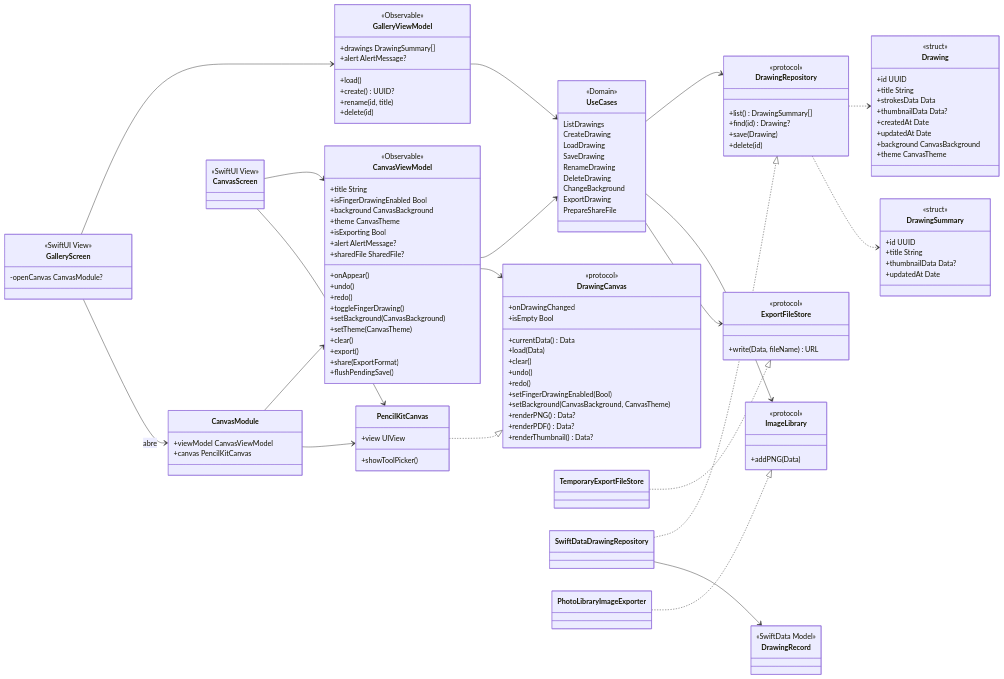
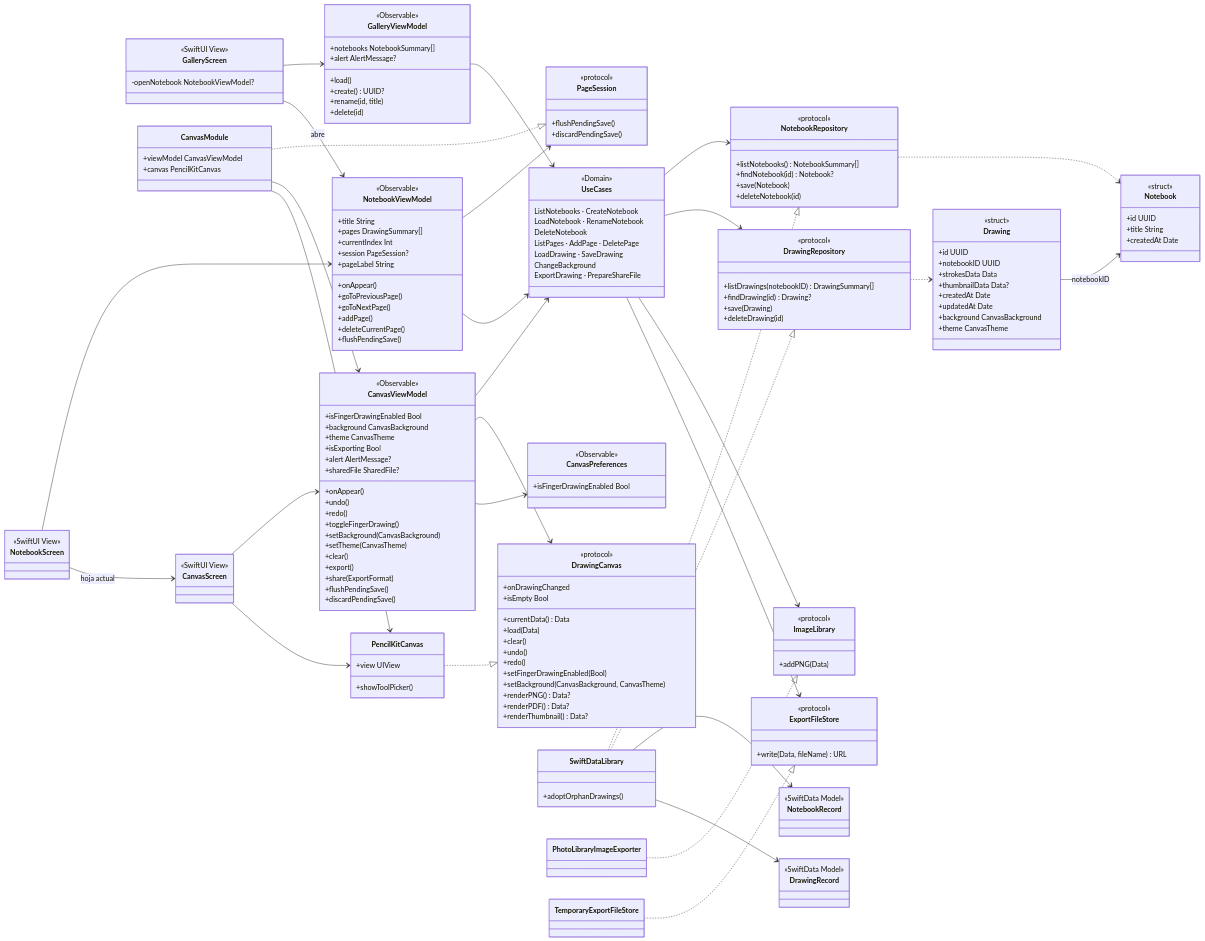
Before and after one commit to jhonjairo6230/DrawPad: the second of 10 diagrams in docs/arquitectura.md, drawn with Mermaid. The commit also changed other lines of this file and 57 other files, not shown here.

````diff
--- a/docs/arquitectura.md
+++ b/docs/arquitectura.md
@@ -158,16 +181,38 @@
 
     class GalleryScreen {
         <<SwiftUI View>>
-        -openCanvas CanvasModule?
+        -openNotebook NotebookViewModel?
     }
     class GalleryViewModel {
         <<Observable>>
-        +drawings DrawingSummary[]
+        +notebooks NotebookSummary[]
         +alert AlertMessage?
         +load()
         +create() UUID?
         +rename(id, title)
         +delete(id)
+    }
+    class NotebookScreen {
+        <<SwiftUI View>>
+    }
+    class NotebookViewModel {
+        <<Observable>>
+        +title String
+        +pages DrawingSummary[]
+        +currentIndex Int
+        +session PageSession?
+        +pageLabel String
+        +onAppear()
+        +goToPreviousPage()
+        +goToNextPage()
+        +addPage()
+        +deleteCurrentPage()
+        +flushPendingSave()
+    }
+    class PageSession {
+        <<protocol>>
+        +flushPendingSave()
+        +discardPendingSave()
     }
     class CanvasModule {
         +viewModel CanvasViewModel
@@ -178,7 +223,6 @@
     }
     class CanvasViewModel {
         <<Observable>>
-        +title String
         +isFingerDrawingEnabled Bool
         +background CanvasBackground
         +theme CanvasTheme
@@ -195,6 +239,11 @@
         +export()
         +share(ExportFormat)
         +flushPendingSave()
+        +discardPendingSave()
+    }
+    class CanvasPreferences {
+        <<Observable>>
+        +isFingerDrawingEnabled Bool
     }
     class DrawingCanvas {
         <<protocol>>
@@ -217,22 +266,27 @@
     }
     class UseCases {
         <<Domain>>
-        ListDrawings
-        CreateDrawing
-        LoadDrawing
-        SaveDrawing
-        RenameDrawing
-        DeleteDrawing
+        ListNotebooks · CreateNotebook
+        LoadNotebook · RenameNotebook
+        DeleteNotebook
+        ListPages · AddPage · DeletePage
+        LoadDrawing · SaveDrawing
         ChangeBackground
-        ExportDrawing
-        PrepareShareFile
+        ExportDrawing · PrepareShareFile
+    }
+    class NotebookRepository {
+        <<protocol>>
+        +listNotebooks() NotebookSummary[]
+        +findNotebook(id) Notebook?
+        +save(Notebook)
+        +deleteNotebook(id)
     }
     class DrawingRepository {
         <<protocol>>
-        +list() DrawingSummary[]
-        +find(id) Drawing?
+        +listDrawings(notebookID) DrawingSummary[]
+        +findDrawing(id) Drawing?
         +save(Drawing)
-        +delete(id)
+        +deleteDrawing(id)
     }
     class ImageLibrary {
         <<protocol>>
@@ -242,11 +296,16 @@
         <<protocol>>
         +write(Data, fileName) URL
     }
-    class TemporaryExportFileStore
+    class Notebook {
+        <<struct>>
+        +id UUID
+        +title String
+        +createdAt Date
+    }
     class Drawing {
         <<struct>>
         +id UUID
-        +title String
+        +notebookID UUID
         +strokesData Data
         +thumbnailData Data?
         +createdAt Date
@@ -254,36 +313,45 @@
         +background CanvasBackground
         +theme CanvasTheme
     }
-    class DrawingSummary {
-        <<struct>>
-        +id UUID
-        +title String
-        +thumbnailData Data?
-        +updatedAt Date
+    class SwiftDataLibrary {
+        +adoptOrphanDrawings()
     }
-    class SwiftDataDrawingRepository
+    class NotebookRecord {
+        <<SwiftData Model>>
+    }
     class DrawingRecord {
         <<SwiftData Model>>
     }
     class PhotoLibraryImageExporter
+    class TemporaryExportFileStore
 
     GalleryScreen --> GalleryViewModel
-    GalleryScreen --> CanvasModule : abre
+    GalleryScreen --> NotebookViewModel : abre
+    NotebookScreen --> NotebookViewModel
+    NotebookScreen --> CanvasScreen : hoja actual
+    NotebookViewModel --> PageSession
+    CanvasModule ..|> PageSession
     CanvasModule --> CanvasViewModel
     CanvasModule --> PencilKitCanvas
     CanvasScreen --> CanvasViewModel
     CanvasScreen --> PencilKitCanvas
     GalleryViewModel --> UseCases
+    NotebookViewModel --> UseCases
     CanvasViewModel --> UseCases
     CanvasViewModel --> DrawingCanvas
+    CanvasViewModel --> CanvasPreferences
     PencilKitCanvas ..|> DrawingCanvas
+    UseCases --> NotebookRepository
     UseCases --> DrawingRepository
     UseCases --> ImageLibrary
     UseCases --> ExportFileStore
+    NotebookRepository ..> Notebook
+    DrawingRepository ..> Drawing
+    Drawing --> Notebook : notebookID
+    SwiftDataLibrary ..|> NotebookRepository
+    SwiftDataLibrary ..|> DrawingRepository
+    SwiftDataLibrary --> NotebookRecord
+    SwiftDataLibrary --> DrawingRecord
+    PhotoLibraryImageExporter ..|> ImageLibrary
     TemporaryExportFileStore ..|> ExportFileStore
-    DrawingRepository ..> Drawing
-    DrawingRepository ..> DrawingSummary
-    SwiftDataDrawingRepository ..|> DrawingRepository
-    SwiftDataDrawingRepository --> DrawingRecord
-    PhotoLibraryImageExporter ..|> ImageLibrary
 ```
````
